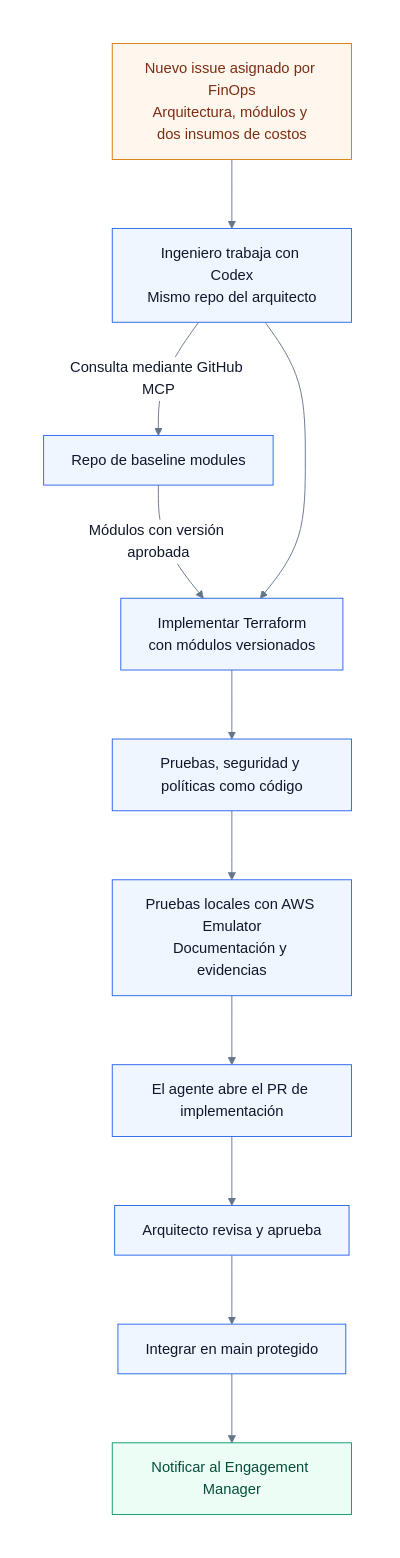
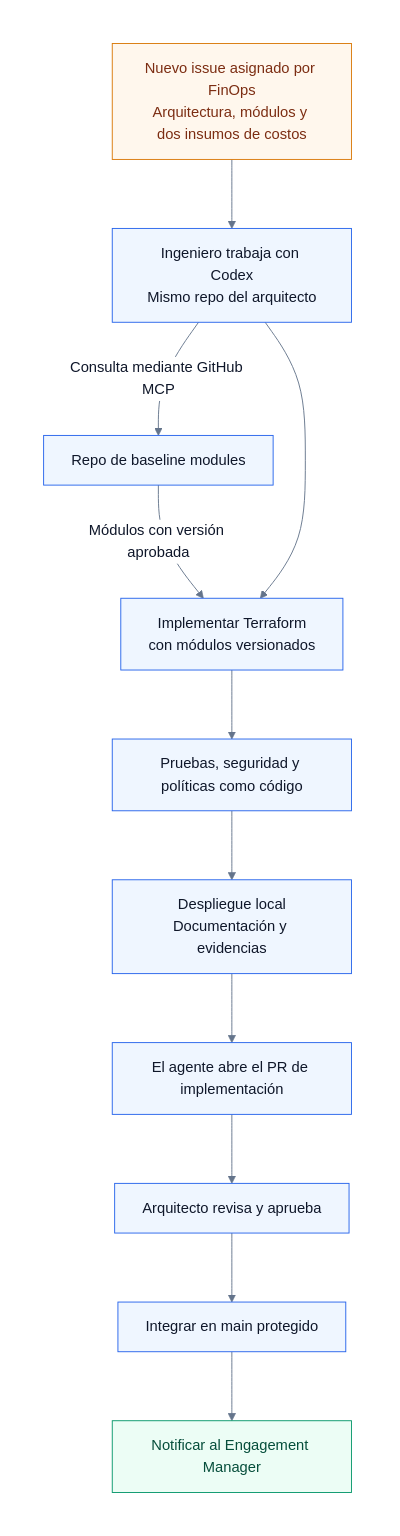
The fifth of 6 diagrams in issues.md (marcor0311/aws-cloud-consultant-agent), drawn with Mermaid before and after one commit.

Commit message:
docs: conservar el diagrama original de ingeniería

````diff
--- a/issues.md
+++ b/issues.md
@@ -209,23 +209,23 @@
 ```mermaid
 %%{init: {"theme":"base","themeVariables":{"darkMode":false,"background":"#ffffff","primaryColor":"#eff6ff","primaryTextColor":"#0f172a","primaryBorderColor":"#2563eb","lineColor":"#64748b","edgeLabelBackground":"#ffffff","clusterBkg":"#ffffff","clusterBorder":"#cbd5e1"},"flowchart":{"diagramPadding":0}}}%%
 flowchart TB
     subgraph lienzo[" "]
         direction TB
         issue["Nuevo issue asignado por FinOps<br/>Arquitectura, módulos y dos insumos de costos"] --> agente["Ingeniero trabaja con Codex<br/>Mismo repo del arquitecto"]
         agente -->|Consulta mediante GitHub MCP| baselines["Repo de baseline modules"]
         baselines -->|Módulos con versión aprobada| implementar
         agente --> implementar["Implementar Terraform<br/>con módulos versionados"]
         implementar --> validar["Pruebas, seguridad y políticas como código"]
-        validar --> local["Pruebas locales con AWS Emulator<br/>Documentación y evidencias"]
+        validar --> local["Despliegue local<br/>Documentación y evidencias"]
         local --> pr["El agente abre el PR de implementación"]
         pr --> arquitecto["Arquitecto revisa y aprueba"]
         arquitecto --> main["Integrar en main protegido"]
         main --> entrega["Notificar al Engagement Manager"]
         classDef default fill:#eff6ff,stroke:#2563eb,color:#0f172a;
         classDef inicio fill:#fff7ed,stroke:#d97706,color:#7c2d12;
         classDef handoff fill:#ecfdf5,stroke:#059669,color:#064e3b;
         class issue inicio;
         class entrega handoff;
     end
     style lienzo fill:#ffffff,stroke:#ffffff,stroke-width:128px;
 ```
````
